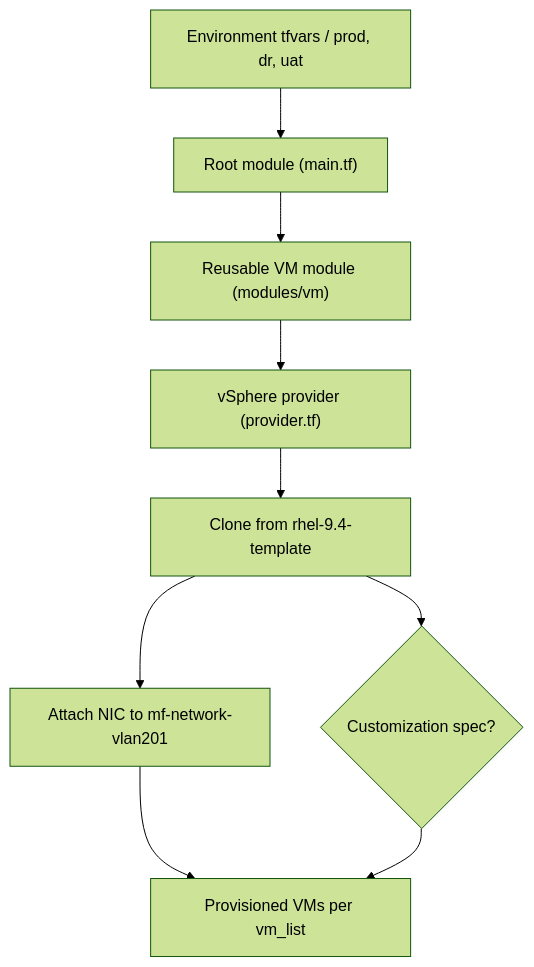
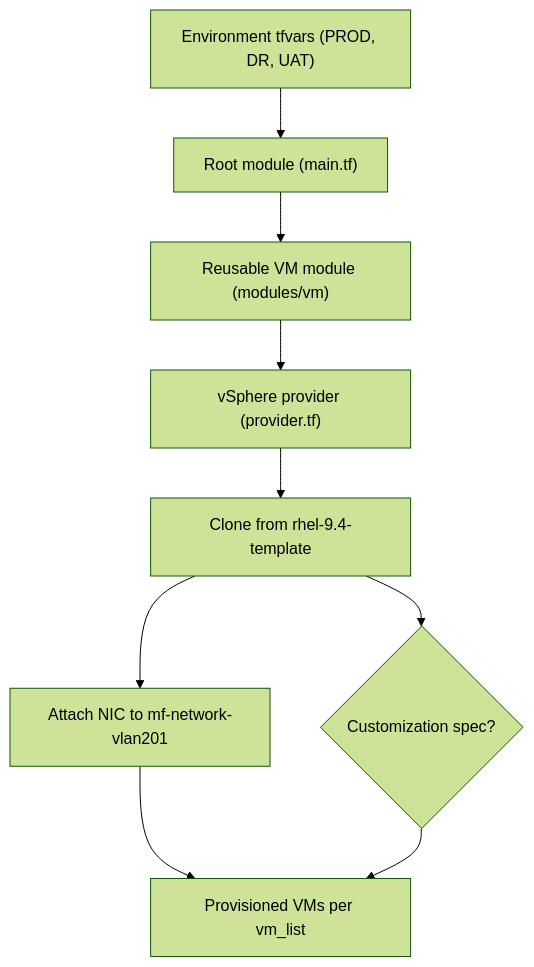
One commit to engabelal/DevOps-Cloud-Portfolio changed the diagram in Projects/infrastructure-as-code/opentext-iam-patch-terraform-vm-provisioning/README.md. Above: the diagram before and after it, drawn with Mermaid (forest theme).

````diff
--- a/Projects/infrastructure-as-code/opentext-iam-patch-terraform-vm-provisioning/README.md
+++ b/Projects/infrastructure-as-code/opentext-iam-patch-terraform-vm-provisioning/README.md
@@ -38,11 +38,11 @@
 ```mermaid
 graph TD
-    TFVars["Environment tfvars / prod, dr, uat"] --> Root["Root module (main.tf)"]
+    TFVars["Environment tfvars (PROD, DR, UAT)"] --> Root["Root module (main.tf)"]
     Root --> Module["Reusable VM module (modules/vm)"]
     Module --> Provider["vSphere provider (provider.tf)"]
     Provider --> Template["Clone from rhel-9.4-template"]
     Template --> Network["Attach NIC to mf-network-vlan201"]
     Template --> Custom{"Customization spec?"}
     Network --> VMs["Provisioned VMs per vm_list"]
     Custom --> VMs
 ```
````
